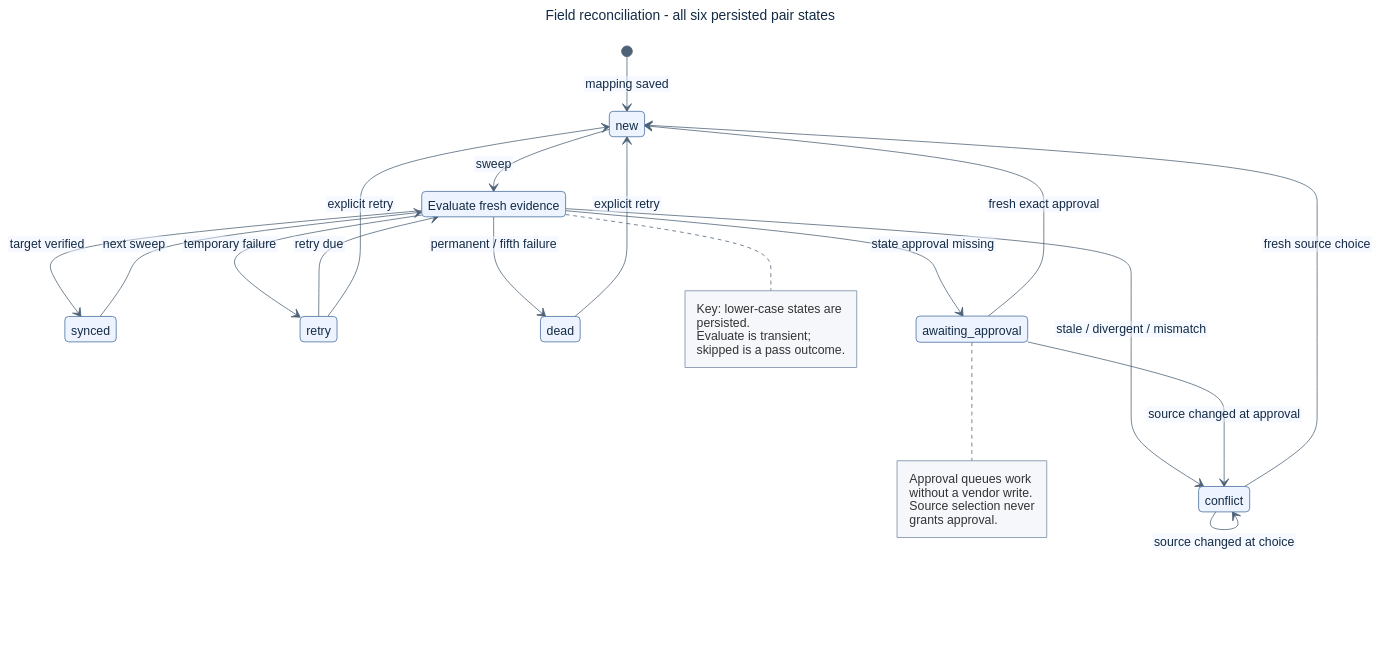
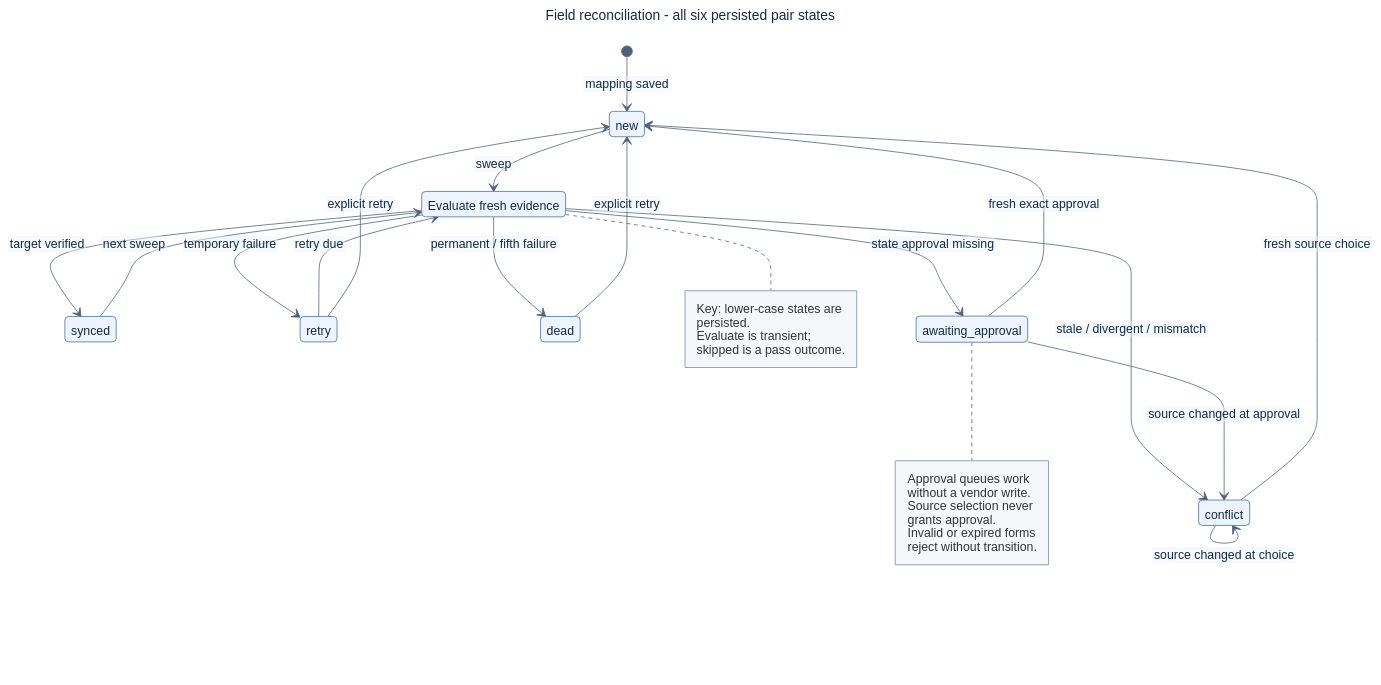
One commit to AlbertFlorescu/support-bridge changed the diagram in docs/c4/source/06-state-reconciliation.mmd. Above: the diagram before and after it, drawn with Mermaid. The commit also changed 22 other files, not shown here.

```diff
--- a/docs/c4/source/06-state-reconciliation.mmd
+++ b/docs/c4/source/06-state-reconciliation.mmd
@@ -1,54 +1,55 @@
 ---
 title: Field reconciliation - all six persisted pair states
 config:
   htmlLabels: false
   theme: base
   themeVariables:
     primaryColor: '#edf4ff'
     primaryTextColor: '#142b45'
     primaryBorderColor: '#456d9e'
     lineColor: '#4d6276'
     edgeLabelBackground: '#ffffff'
     noteBkgColor: '#f5f7fa'
     noteBorderColor: '#94a3b8'
   state:
     nodeSpacing: 70
     rankSpacing: 85
   fontFamily: DejaVu Sans, sans-serif
 ---
 stateDiagram-v2
   accTitle: Field reconciliation - all six persisted pair states
   accDescr: New, synced and due retry pairs are evaluated. Conflicts, dead work and pending approval require explicit action. Evaluation is transient, not a seventh stored status.
   direction TB
   state "new" as New
   state "synced" as Synced
   state "retry" as Retry
   state "conflict" as Conflict
   state "dead" as Dead
   state "awaiting_approval" as Review
   state "Evaluate fresh evidence" as Evaluate
 
   [*] --> New: mapping saved
   New --> Evaluate: sweep
   Synced --> Evaluate: next sweep
   Retry --> Evaluate: retry due
   Evaluate --> Synced: target verified
   Evaluate --> Review: state approval missing
   Evaluate --> Conflict: stale / divergent / mismatch
   Evaluate --> Retry: temporary failure
   Evaluate --> Dead: permanent / fifth failure
   Review --> New: fresh exact approval
   Review --> Conflict: source changed at approval
   Conflict --> New: fresh source choice
   Conflict --> Conflict: source changed at choice
   Dead --> New: explicit retry
   Retry --> New: explicit retry
 
   note right of Evaluate
     Key: lower-case states are persisted.
     Evaluate is transient; skipped is a pass outcome.
   end note
   note right of Review
     Approval queues work without a vendor write.
     Source selection never grants approval.
+    Invalid or expired forms reject without transition.
   end note
```
